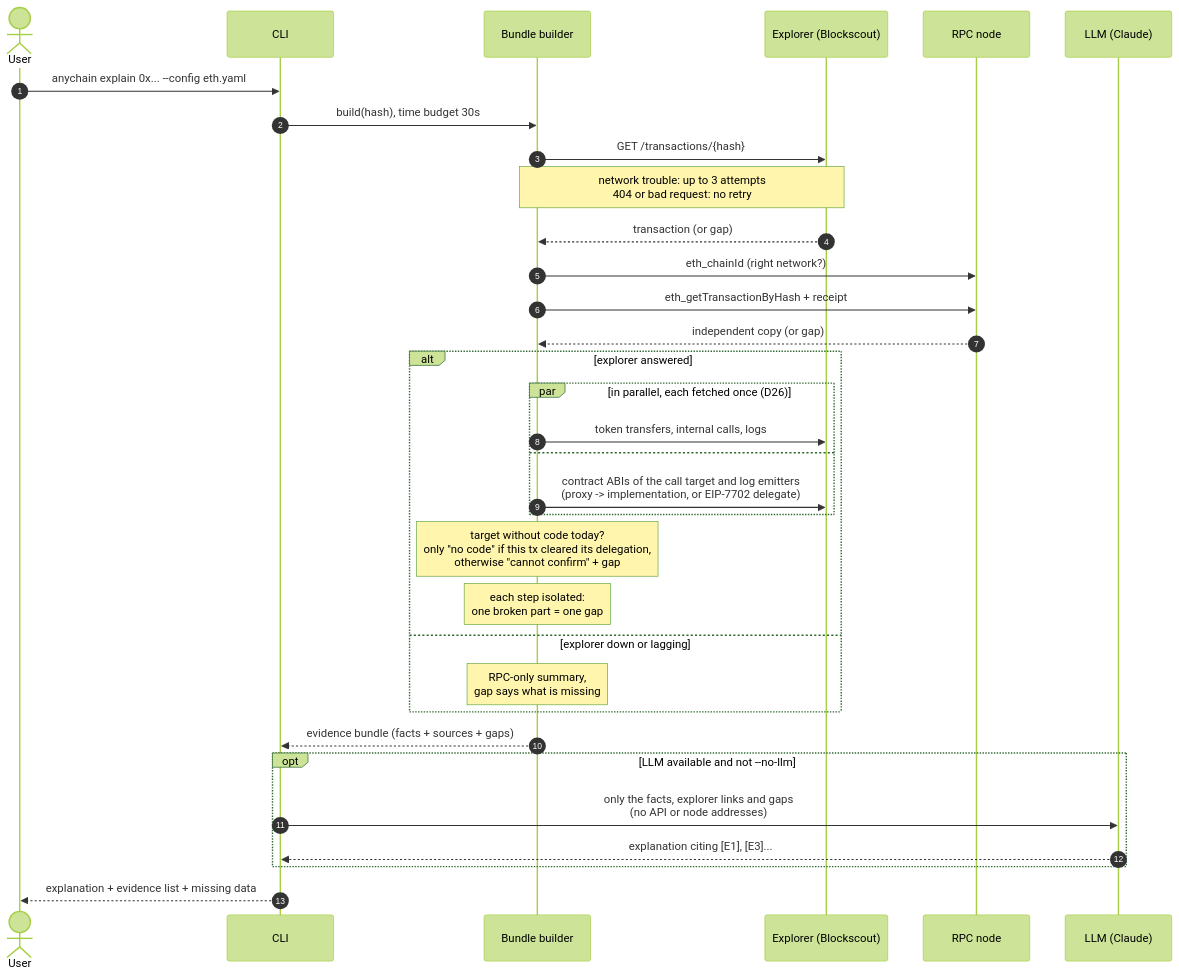
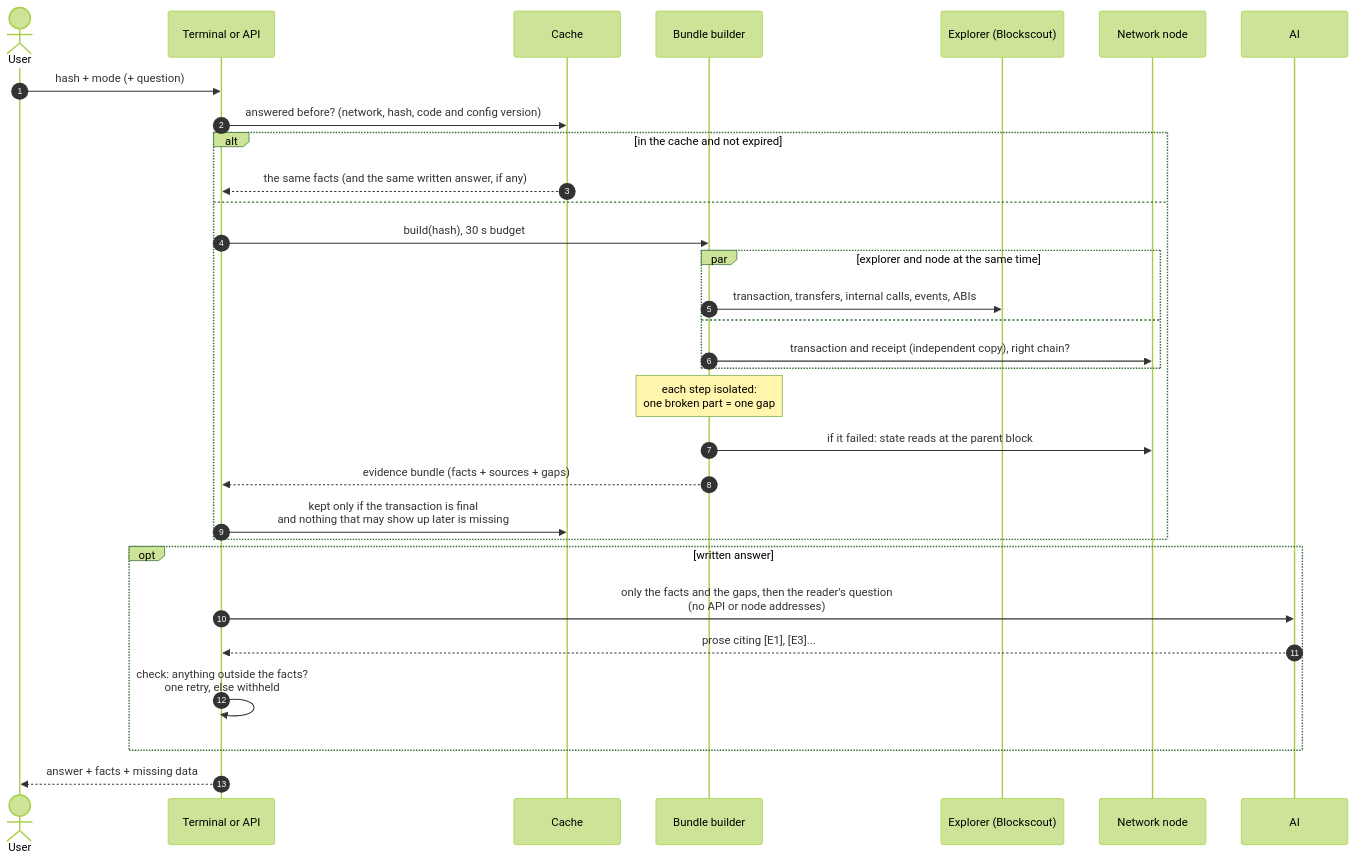
The fourth of 9 diagrams in docs/ARCHITECTURE.md (Ebaoj/anychain), drawn with Mermaid (forest theme) before and after one commit. The commit also changed other lines of this file and 7 other files, not shown here.

Commit message:
Acceptance fix: Gnosis blob fees (chain_type ethereum) and a guard against a partial fee shown as total (D54); English architecture doc for the end of Phase 3

````diff
--- a/docs/ARCHITECTURE.md
+++ b/docs/ARCHITECTURE.md
@@ -85,36 +132,34 @@
 ```mermaid
 sequenceDiagram
     autonumber
     actor U as User
-    participant C as CLI
+    participant C as Terminal or API
+    participant K as Cache
     participant B as Bundle builder
     participant E as Explorer (Blockscout)
-    participant R as RPC node
-    participant L as LLM (Claude)
+    participant R as Network node
+    participant L as AI
 
-    U->>C: anychain explain 0x... --config eth.yaml
-    C->>B: build(hash), time budget 30s
-    B->>E: GET /transactions/{hash}
-    Note over B,E: network trouble: up to 3 attempts<br/>404 or bad request: no retry
-    E-->>B: transaction (or gap)
-    B->>R: eth_chainId (right network?)
-    B->>R: eth_getTransactionByHash + receipt
-    R-->>B: independent copy (or gap)
-    alt explorer answered
-        par in parallel, each fetched once (D26)
-            B->>E: token transfers, internal calls, logs
+    U->>C: hash + mode (+ question)
+    C->>K: answered before? (network, hash, code and config version)
+    alt in the cache and not expired
+        K-->>C: the same facts (and the same written answer, if any)
+    else
+        C->>B: build(hash), 30 s budget
+        par explorer and node at the same time
+            B->>E: transaction, transfers, internal calls, events, ABIs
         and
-            B->>E: contract ABIs of the call target and log emitters<br/>(proxy -> implementation, or EIP-7702 delegate)
+            B->>R: transaction and receipt (independent copy), right chain?
         end
-        Note over B: target without code today?<br/>only "no code" if this tx cleared its delegation,<br/>otherwise "cannot confirm" + gap
         Note over B: each step isolated:<br/>one broken part = one gap
-    else explorer down or lagging
-        Note over B: RPC-only summary,<br/>gap says what is missing
+        B->>R: if it failed: state reads at the parent block
+        B-->>C: evidence bundle (facts + sources + gaps)
+        C->>K: kept only if the transaction is final<br/>and nothing that may show up later is missing
     end
-    B-->>C: evidence bundle (facts + sources + gaps)
-    opt LLM available and not --no-llm
-        C->>L: only the facts, explorer links and gaps<br/>(no API or node addresses)
-        L-->>C: explanation citing [E1], [E3]...
+    opt written answer
+        C->>L: only the facts and the gaps, then the reader's question<br/>(no API or node addresses)
+        L-->>C: prose citing [E1], [E3]...
+        C->>C: check: anything outside the facts?<br/>one retry, else withheld
     end
-    C-->>U: explanation + evidence list + missing data
+    C-->>U: answer + facts + missing data
 ```
````
